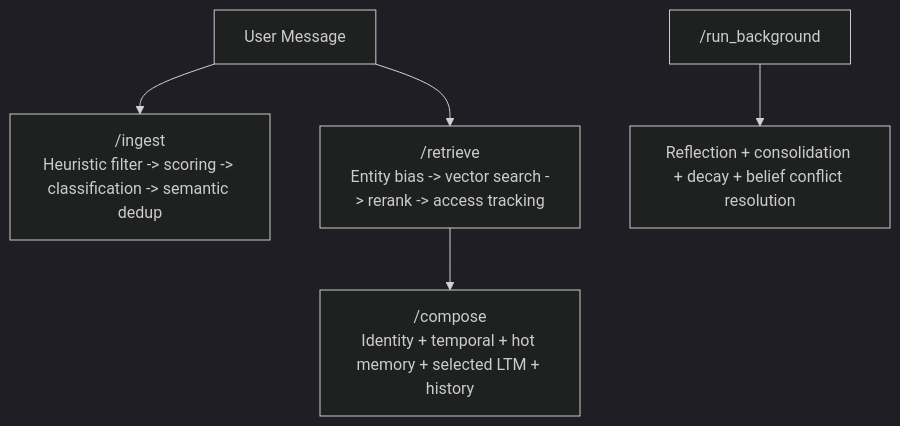
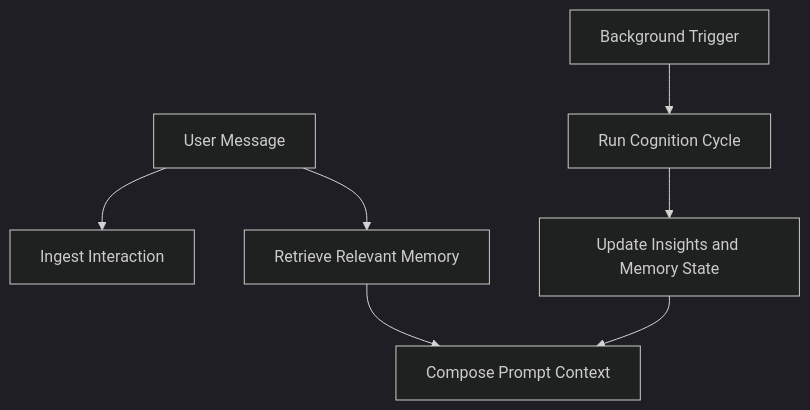
One commit to BluePointDigital/smart-memory changed the second of 2 diagrams in README.md. Above: the diagram before and after it, drawn with Mermaid (dark theme). The commit also changed other lines of this file and 3 other files, not shown here.

Commit message:
docs: fix README flowcharts, consolidate system overview, remove ARCHITECTURE.md

````diff
--- a/README.md
+++ b/README.md
@@ -60,7 +60,9 @@
 ```mermaid
 flowchart TD
-  U["User Message"] --> ING["/ingest\nHeuristic filter -> scoring -> classification -> semantic dedup"]
-  U --> RET["/retrieve\nEntity bias -> vector search -> rerank -> access tracking"]
-  RET --> COM["/compose\nIdentity + temporal + hot memory + selected LTM + history"]
-  BG["/run_background"] --> COG["Reflection + consolidation + decay + belief conflict resolution"]
+  UM["User Message"] --> ING["Ingest Interaction"]
+  UM --> RET["Retrieve Relevant Memory"]
+  RET --> COM["Compose Prompt Context"]
+  BG["Background Trigger"] --> RUN["Run Cognition Cycle"]
+  RUN --> UPD["Update Insights and Memory State"]
+  UPD --> COM
 ```
````
